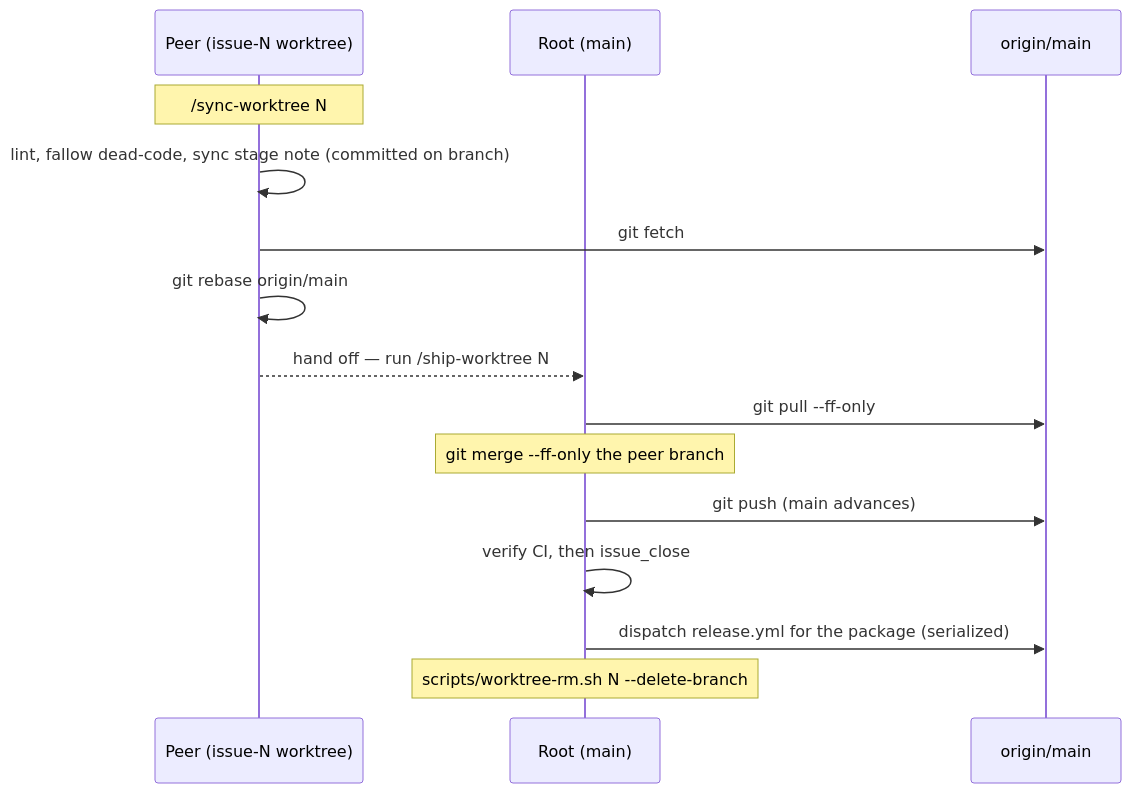
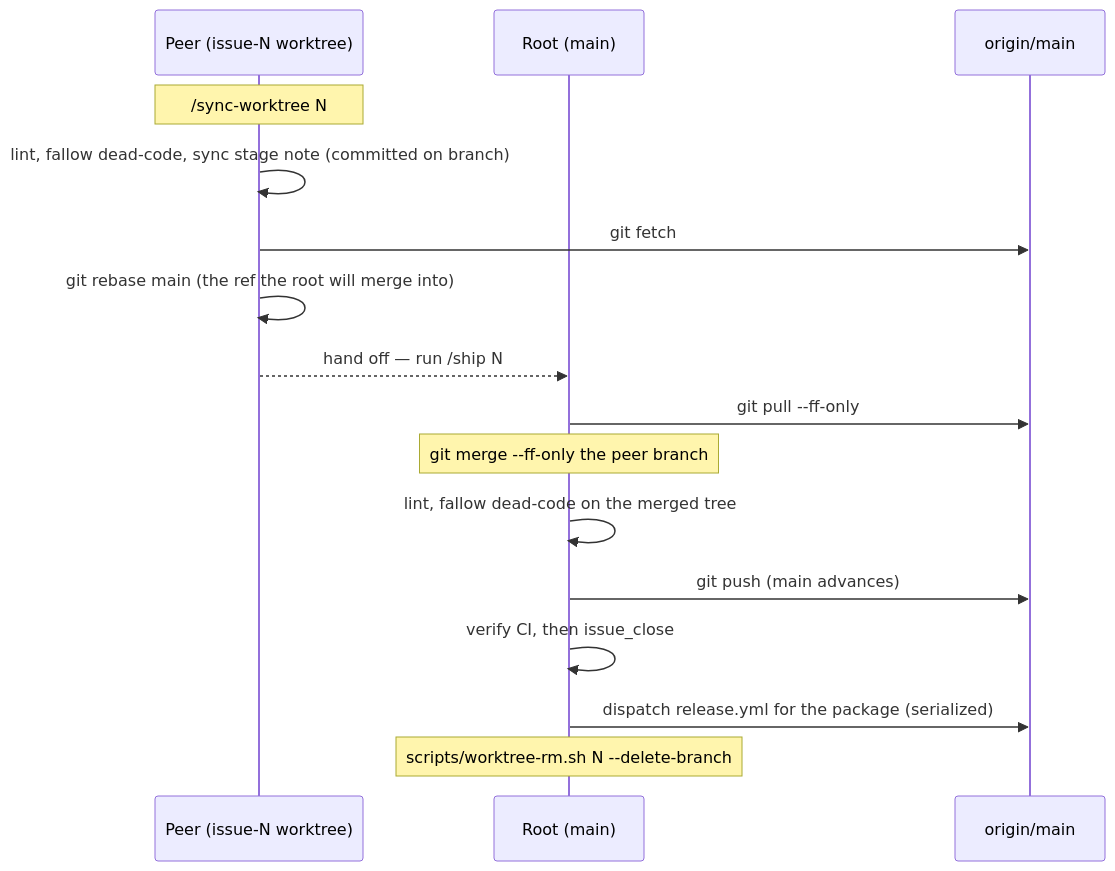
The third of 3 diagrams in README.md (gotgenes/pi-packages), drawn with Mermaid before and after one commit. The commit also changed other lines of this file, not shown here.

First line of the commit message:
docs: update the developer-flow diagrams and tables for /ship (#869)

````diff
--- a/README.md
+++ b/README.md
@@ -180,18 +181,19 @@
 ```mermaid
 sequenceDiagram
     participant Peer as Peer (issue-N worktree)
     participant Root as Root (main)
     participant Origin as origin/main
 
     Note over Peer: /sync-worktree N
     Peer->>Peer: lint, fallow dead-code, sync stage note (committed on branch)
     Peer->>Origin: git fetch
-    Peer->>Peer: git rebase origin/main
-    Peer-->>Root: hand off — run /ship-worktree N
+    Peer->>Peer: git rebase main (the ref the root will merge into)
+    Peer-->>Root: hand off — run /ship N
     Root->>Origin: git pull --ff-only
     Note over Root: git merge --ff-only the peer branch
+    Root->>Root: lint, fallow dead-code on the merged tree
     Root->>Origin: git push (main advances)
     Root->>Root: verify CI, then issue_close
     Root->>Origin: dispatch release.yml for the package (serialized)
     Note over Root: scripts/worktree-rm.sh N --delete-branch
 ```
````
